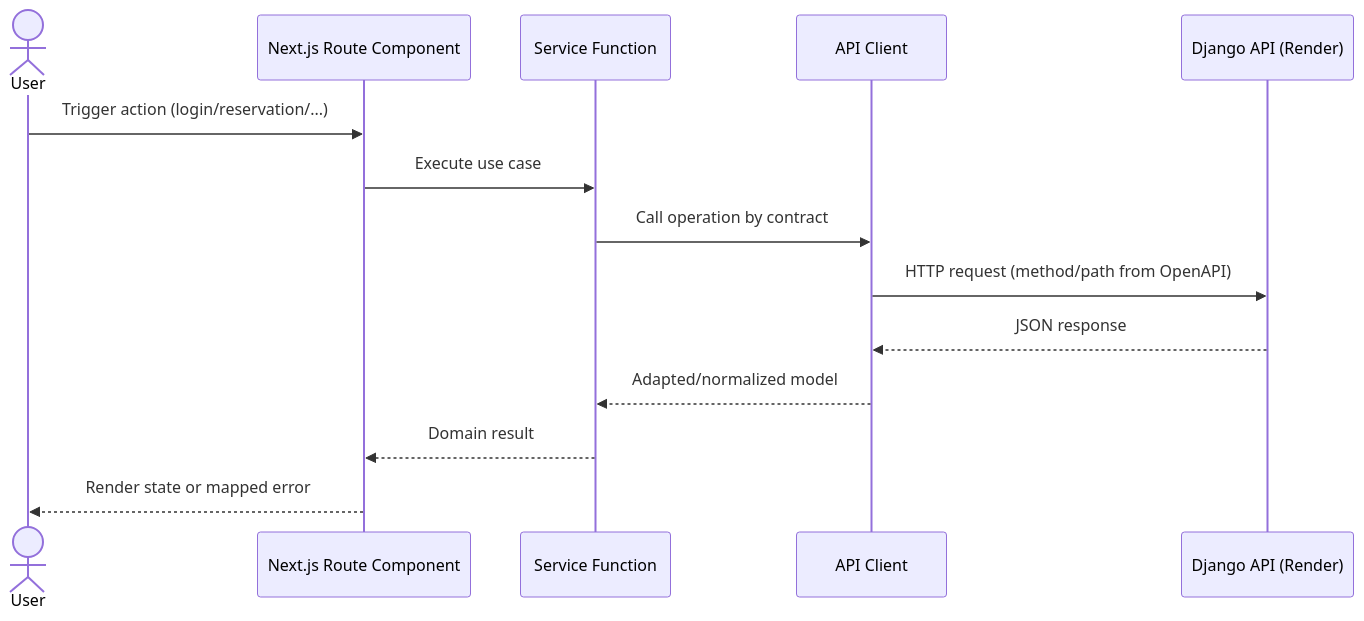
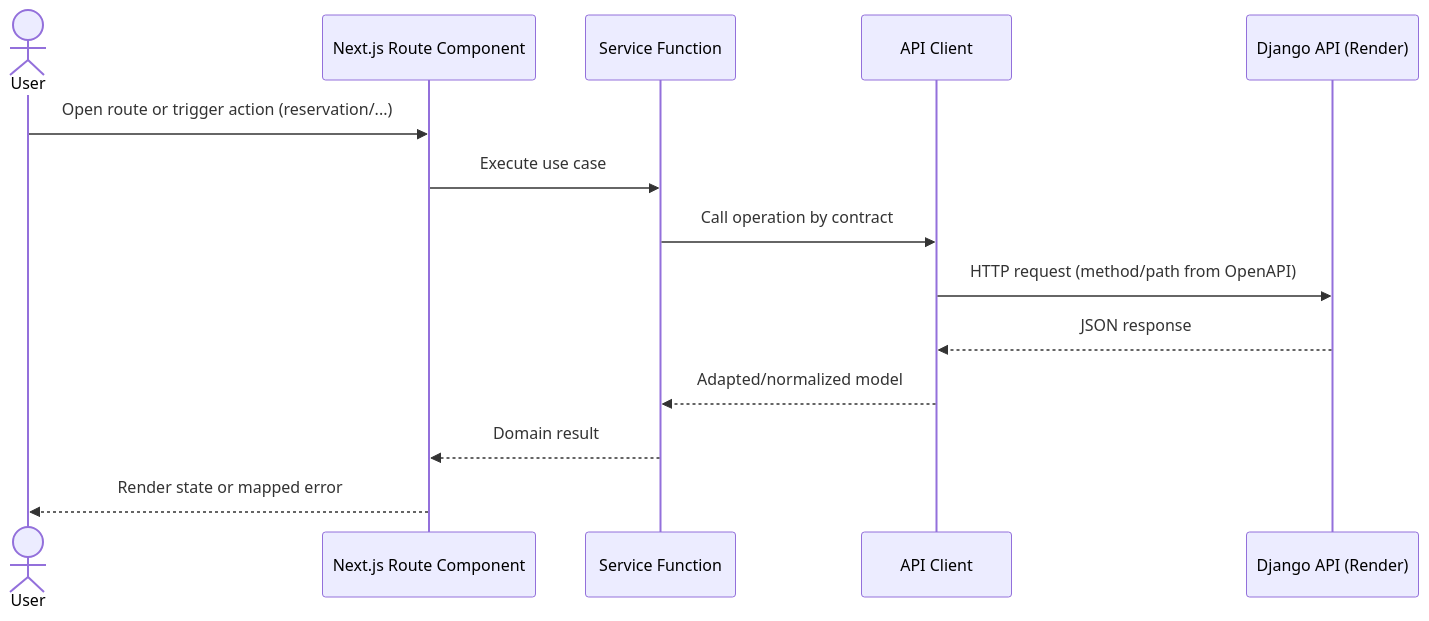
The third of 4 diagrams in docs/architecture-flow.md (khrizenriquez/reservas-front), drawn with Mermaid before and after one commit. The commit also changed other lines of this file and 26 other files, not shown here.

````diff
--- a/docs/architecture-flow.md
+++ b/docs/architecture-flow.md
@@ -29,17 +33,17 @@
 ```mermaid
 sequenceDiagram
   actor User
   participant UI as Next.js Route Component
   participant SVC as Service Function
   participant CLI as API Client
   participant API as Django API (Render)
 
-  User->>UI: Trigger action (login/reservation/...)
+  User->>UI: Open route or trigger action (reservation/...)
   UI->>SVC: Execute use case
   SVC->>CLI: Call operation by contract
   CLI->>API: HTTP request (method/path from OpenAPI)
   API-->>CLI: JSON response
   CLI-->>SVC: Adapted/normalized model
   SVC-->>UI: Domain result
   UI-->>User: Render state or mapped error
 ```
````
